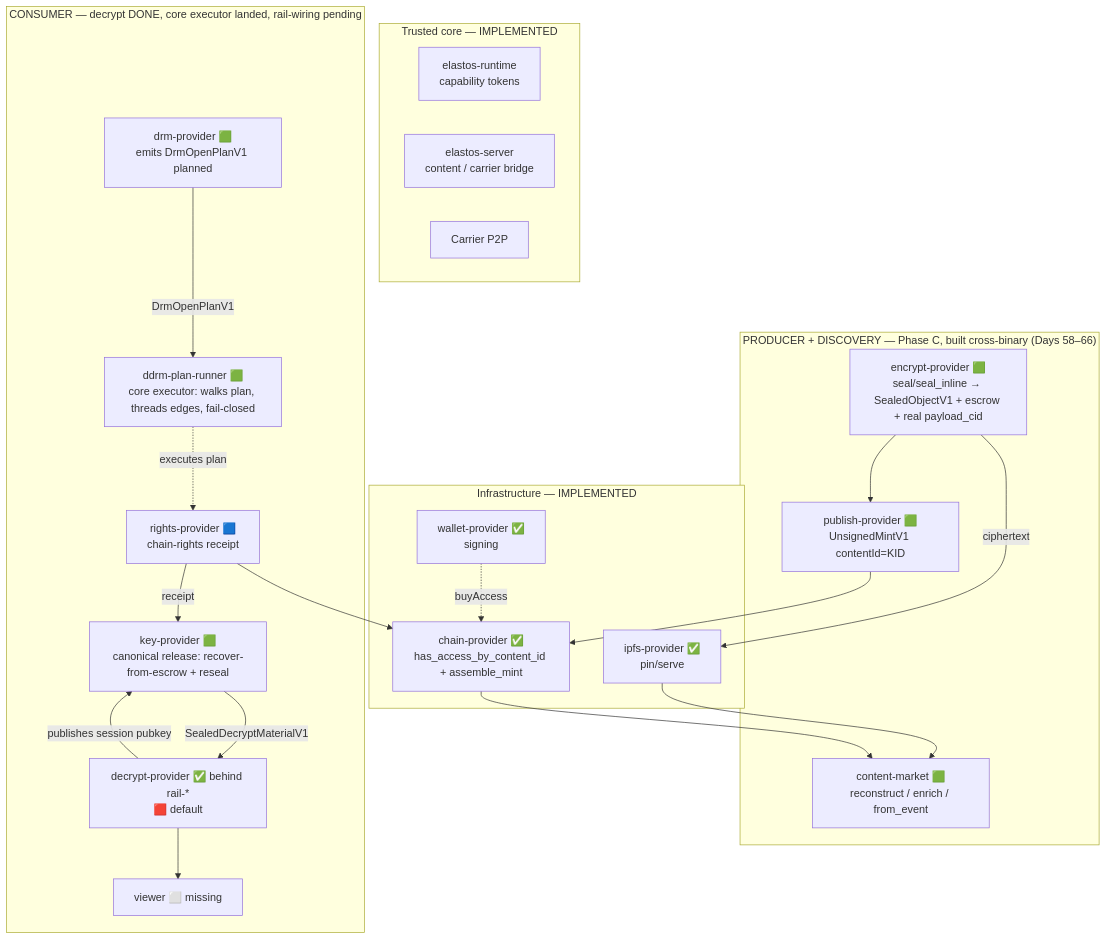
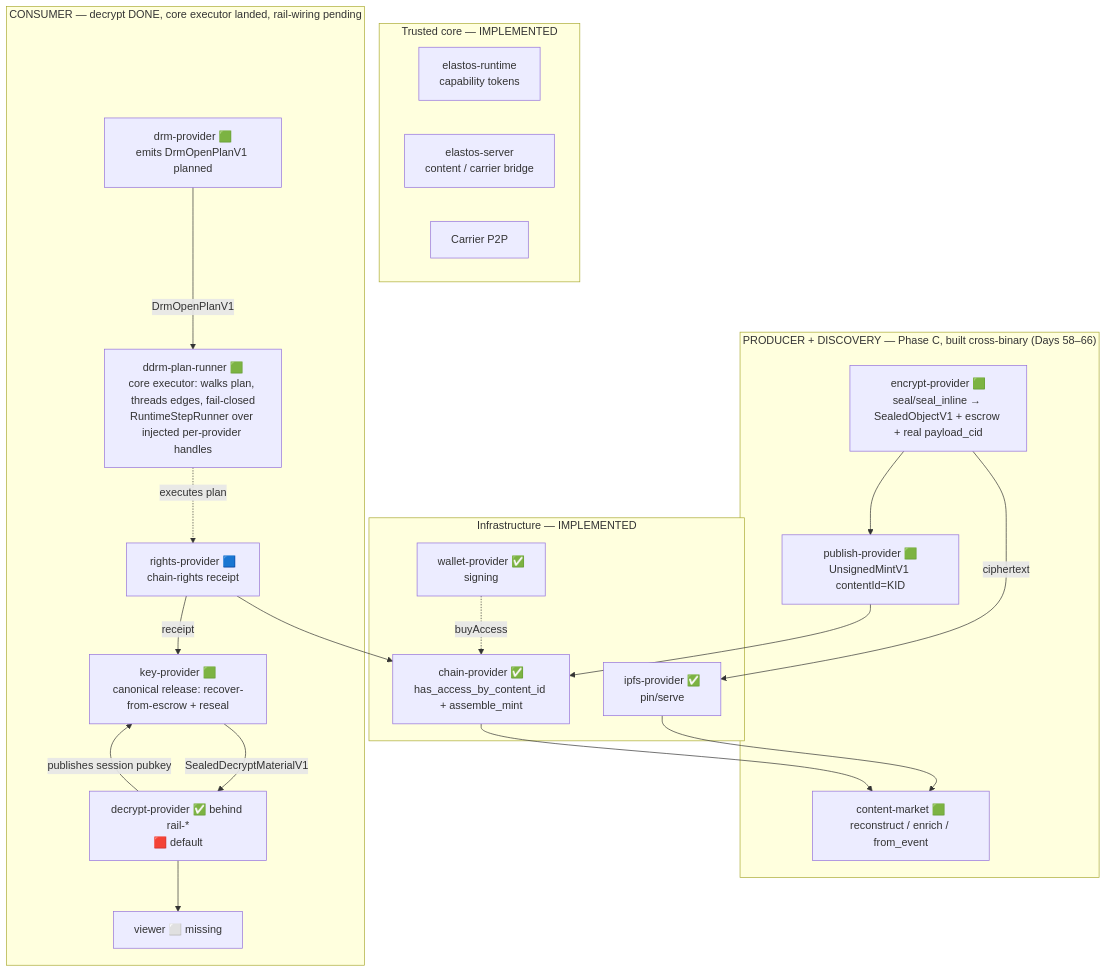
The first of 2 diagrams in docs/convergence/SYSTEM_ARCHITECTURE_MAP.md (Elacity/elastos-runtime), drawn with Mermaid before and after one commit. The commit also changed other lines of this file and 6 other files, not shown here.

````diff
--- a/docs/convergence/SYSTEM_ARCHITECTURE_MAP.md
+++ b/docs/convergence/SYSTEM_ARCHITECTURE_MAP.md
@@ -122,34 +122,34 @@
 ```mermaid
 flowchart TB
   subgraph core["Trusted core — IMPLEMENTED"]
     RT[elastos-runtime<br/>capability tokens]
     SRV[elastos-server<br/>content / carrier bridge]
     CAR[Carrier P2P]
   end
   subgraph infra["Infrastructure — IMPLEMENTED"]
     IPFS[ipfs-provider ✅<br/>pin/serve]
     CHN[chain-provider ✅<br/>has_access_by_content_id + assemble_mint]
     WLT[wallet-provider ✅<br/>signing]
   end
   subgraph prod["PRODUCER + DISCOVERY — Phase C, built cross-binary (Days 58–66)"]
     ENC[encrypt-provider 🟩<br/>seal/seal_inline → SealedObjectV1 + escrow + real payload_cid]
     PUBP[publish-provider 🟩<br/>UnsignedMintV1 contentId=KID]
     MKT[content-market 🟩<br/>reconstruct / enrich / from_event]
   end
   subgraph cons["CONSUMER — decrypt DONE, core executor landed, rail-wiring pending"]
     DRM[drm-provider 🟩<br/>emits DrmOpenPlanV1 planned]
-    CORE[ddrm-plan-runner 🟩<br/>core executor: walks plan, threads edges, fail-closed]
+    CORE[ddrm-plan-runner 🟩<br/>core executor: walks plan, threads edges, fail-closed<br/>RuntimeStepRunner over injected per-provider handles]
     RTS[rights-provider 🟦<br/>chain-rights receipt]
     KEY[key-provider 🟩<br/>canonical release: recover-from-escrow + reseal]
     DEC[decrypt-provider ✅ behind rail-*<br/>🟥 default]
     VIEW[viewer ⬜ missing]
   end
   ENC --> PUBP --> CHN
   ENC -->|ciphertext| IPFS --> MKT
   CHN --> MKT
   WLT -. buyAccess .-> CHN
   DRM -->|DrmOpenPlanV1| CORE
   CORE -. executes plan .-> RTS --> CHN
   RTS -->|receipt| KEY -->|SealedDecryptMaterialV1| DEC --> VIEW
   DEC -->|publishes session pubkey| KEY
 ```
````
